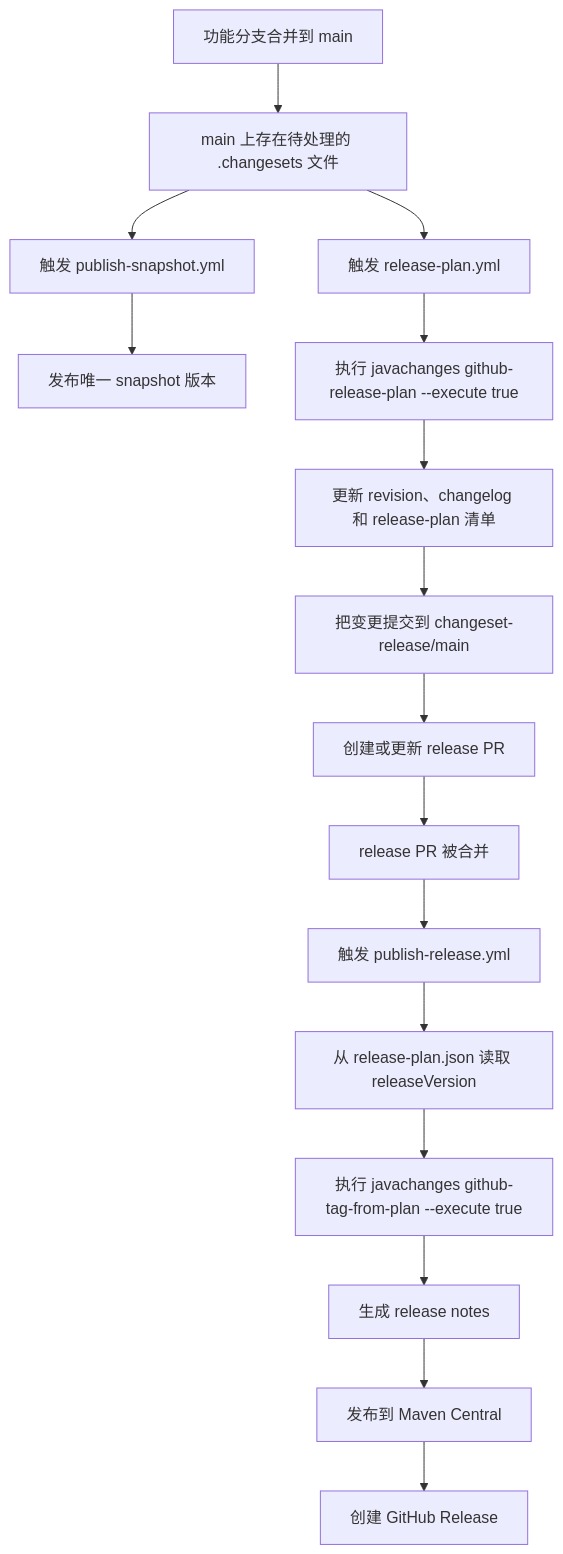
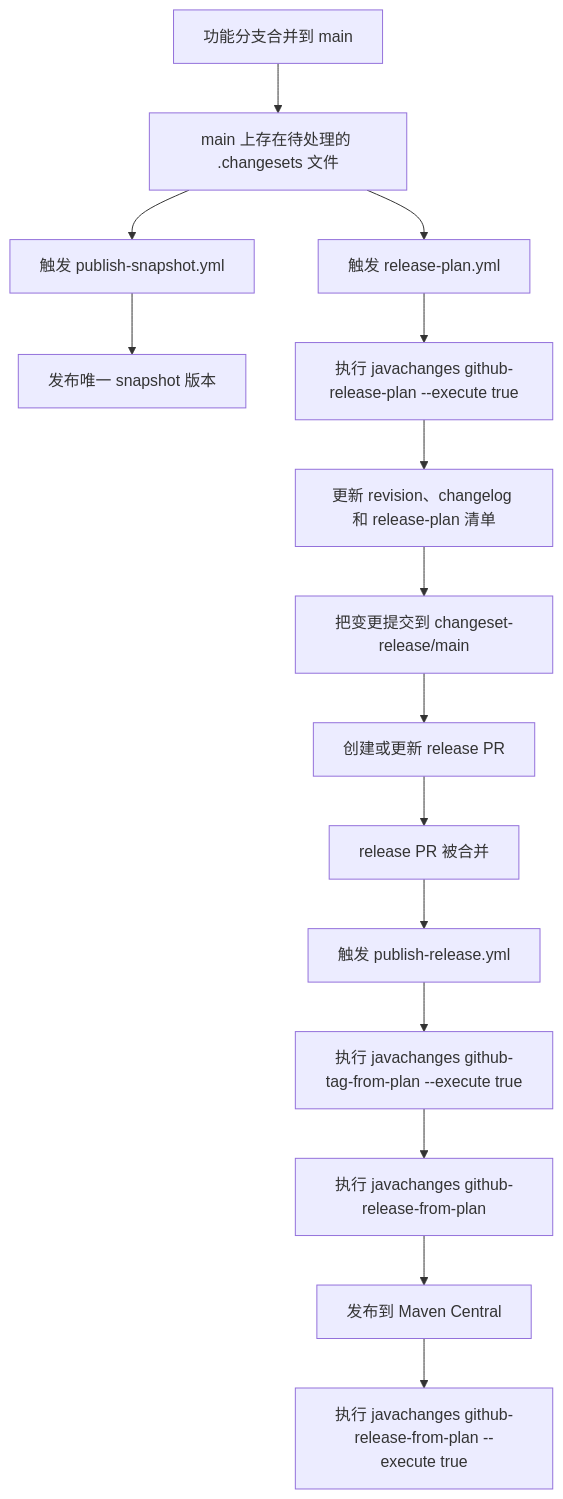
The diagram in docs/github-actions-release.zh-CN.md (sonofmagic/javachanges), drawn with Mermaid before and after one commit. The commit also changed other lines of this file and 13 other files, not shown here.

Commit message:
feat: simplify github release metadata sync

````diff
--- a/docs/github-actions-release.zh-CN.md
+++ b/docs/github-actions-release.zh-CN.md
@@ -21,18 +21,17 @@
 ```mermaid
 flowchart TD
   A[功能分支合并到 main] --> B[main 上存在待处理的 .changesets 文件]
   B --> S[触发 publish-snapshot.yml]
   S --> T[发布唯一 snapshot 版本]
   B --> C[触发 release-plan.yml]
   C --> D[执行 javachanges github-release-plan --execute true]
   D --> E[更新 revision、changelog 和 release-plan 清单]
   E --> F[把变更提交到 changeset-release/main]
   F --> G[创建或更新 release PR]
   G --> H[release PR 被合并]
   H --> I[触发 publish-release.yml]
-  I --> J[从 release-plan.json 读取 releaseVersion]
-  J --> K[执行 javachanges github-tag-from-plan --execute true]
-  K --> L[生成 release notes]
-  L --> M[发布到 Maven Central]
-  M --> N[创建 GitHub Release]
+  I --> J[执行 javachanges github-tag-from-plan --execute true]
+  J --> K[执行 javachanges github-release-from-plan]
+  K --> L[发布到 Maven Central]
+  L --> M[执行 javachanges github-release-from-plan --execute true]
 ```
````
